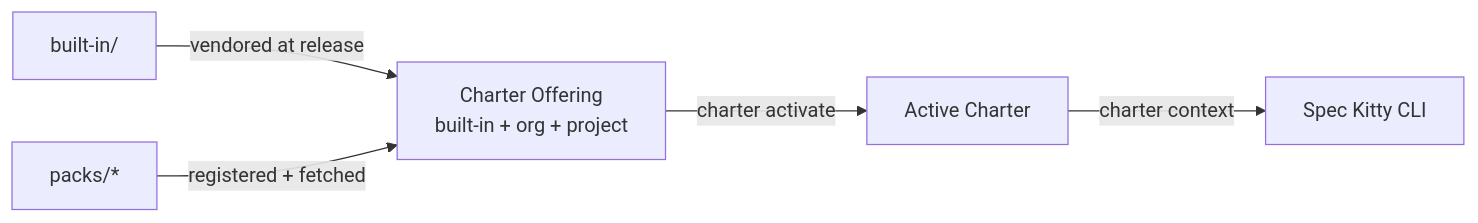
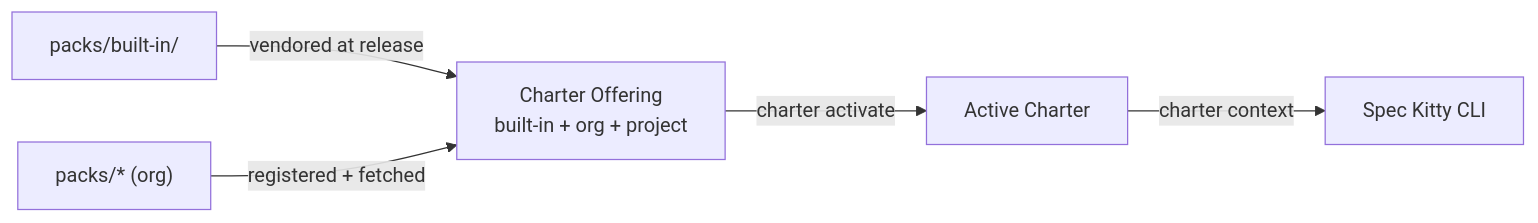
Before and after one commit to spec-kitty/spec-kitty-open-packs: the diagram in README.md, drawn with Mermaid. The commit also changed other lines of this file and 517 other files, not shown here.

First line of the commit message:
refactor(built-in): move the built-in pack under packs/

````diff
--- a/README.md
+++ b/README.md
@@ -32,7 +32,7 @@
 ```mermaid
 flowchart LR
-  BI["built-in/"] -- vendored at release --> OF
-  PK["packs/*"] -- registered + fetched --> OF
+  BI["packs/built-in/"] -- vendored at release --> OF
+  PK["packs/* (org)"] -- registered + fetched --> OF
   OF["Charter Offering<br/>built-in + org + project"] -- charter activate --> AC["Active Charter"]
   AC -- charter context --> CLI["Spec Kitty CLI"]
 ```
````
